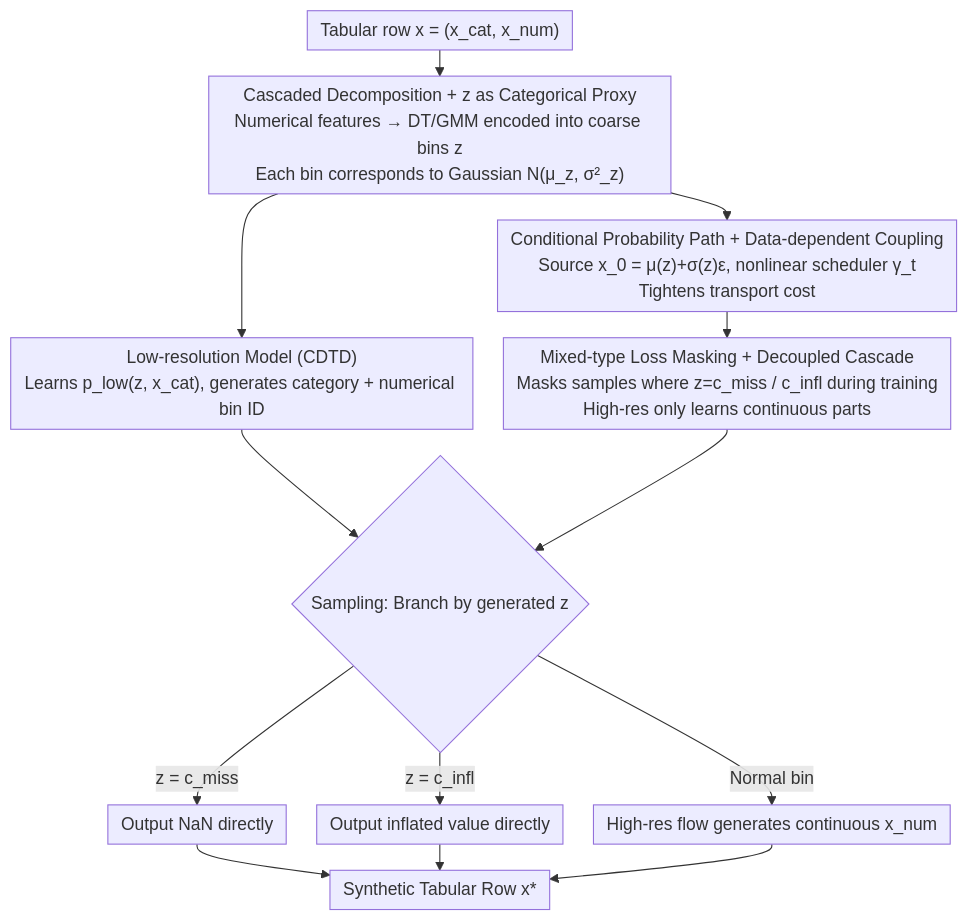
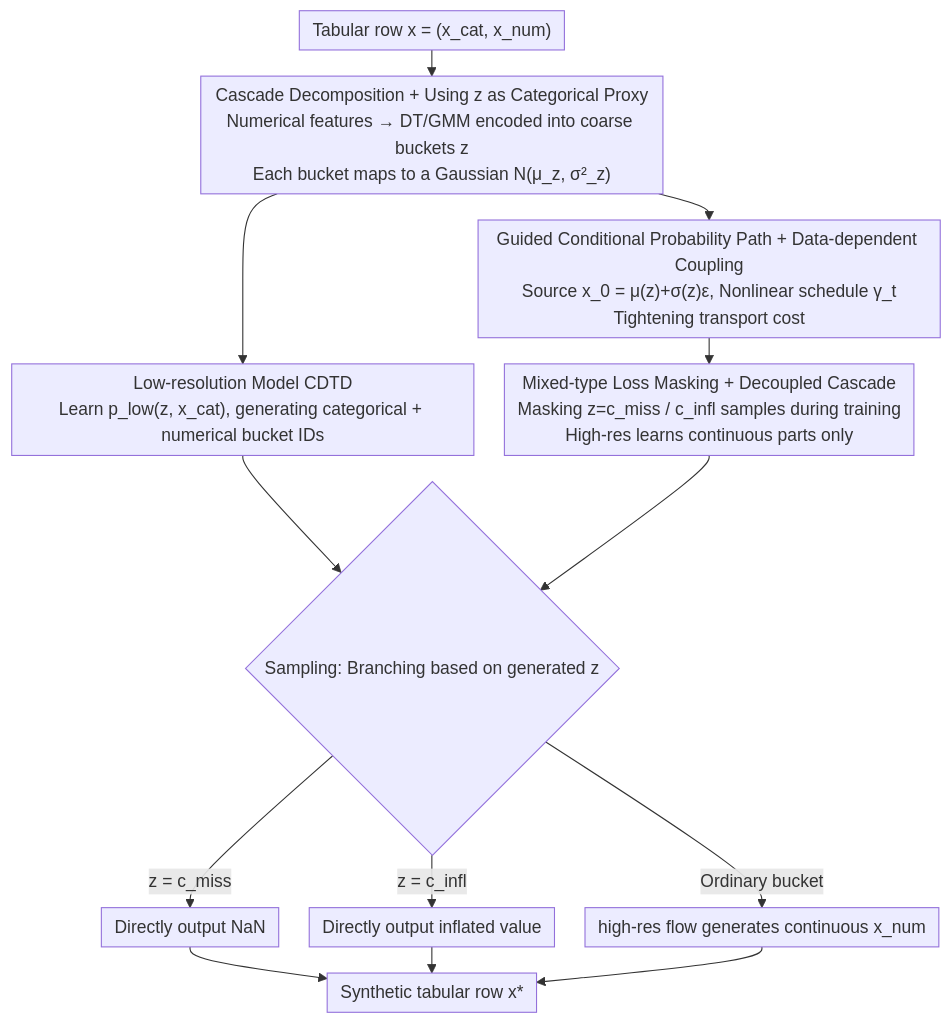
Before and after one commit to zhaoyang97/Paper-Notes-en: the diagram in docs/ICML2026/others/cascaded_flow_matching_for_heterogeneous_tabular_data_with_mixed-type_features.md, drawn with Mermaid. The commit also changed other lines of this file and 5084 other files, not shown here.

````diff
--- a/docs/ICML2026/others/cascaded_flow_matching_for_heterogeneous_tabular_data_with_mixed-type_features.md
+++ b/docs/ICML2026/others/cascaded_flow_matching_for_heterogeneous_tabular_data_with_mixed-type_features.md
@@ -42,16 +42,16 @@
 ```mermaid
 %%{init: {'flowchart': {'rankSpacing': 24, 'nodeSpacing': 28, 'padding': 6, 'wrappingWidth': 400}}}%%
 flowchart TD
-    X["Tabular row x = (x_cat, x_num)"] --> ENC["Cascaded Decomposition + z as Categorical Proxy<br/>Numerical features → DT/GMM encoded into coarse bins z<br/>Each bin corresponds to Gaussian N(μ_z, σ²_z)"]
-    ENC --> LOW["Low-resolution Model (CDTD)<br/>Learns p_low(z, x_cat), generates category + numerical bin ID"]
-    ENC --> HIGH["Conditional Probability Path + Data-dependent Coupling<br/>Source x_0 = μ(z)+σ(z)ε, nonlinear scheduler γ_t<br/>Tightens transport cost"]
-    HIGH --> MASK["Mixed-type Loss Masking + Decoupled Cascade<br/>Masks samples where z=c_miss / c_infl during training<br/>High-res only learns continuous parts"]
-    LOW --> SAMP{"Sampling: Branch by generated z"}
+    X["Tabular row x = (x_cat, x_num)"] --> ENC["Cascade Decomposition + Using z as Categorical Proxy<br/>Numerical features → DT/GMM encoded into coarse buckets z<br/>Each bucket maps to a Gaussian N(μ_z, σ²_z)"]
+    ENC --> LOW["Low-resolution Model CDTD<br/>Learn p_low(z, x_cat), generating categorical + numerical bucket IDs"]
+    ENC --> HIGH["Guided Conditional Probability Path + Data-dependent Coupling<br/>Source x_0 = μ(z)+σ(z)ε, Nonlinear schedule γ_t<br/>Tightening transport cost"]
+    HIGH --> MASK["Mixed-type Loss Masking + Decoupled Cascade<br/>Masking z=c_miss / c_infl samples during training<br/>High-res learns continuous parts only"]
+    LOW --> SAMP{"Sampling: Branching based on generated z"}
     MASK --> SAMP
-    SAMP -->|"z = c_miss"| NAN["Output NaN directly"]
-    SAMP -->|"z = c_infl"| INFL["Output inflated value directly"]
-    SAMP -->|"Normal bin"| FLOW["High-res flow generates continuous x_num"]
-    NAN --> OUT["Synthetic Tabular Row x*"]
+    SAMP -->|"z = c_miss"| NAN["Directly output NaN"]
+    SAMP -->|"z = c_infl"| INFL["Directly output inflated value"]
+    SAMP -->|"Ordinary bucket"| FLOW["high-res flow generates continuous x_num"]
+    NAN --> OUT["Synthetic tabular row x*"]
     INFL --> OUT
     FLOW --> OUT
 ```
````
